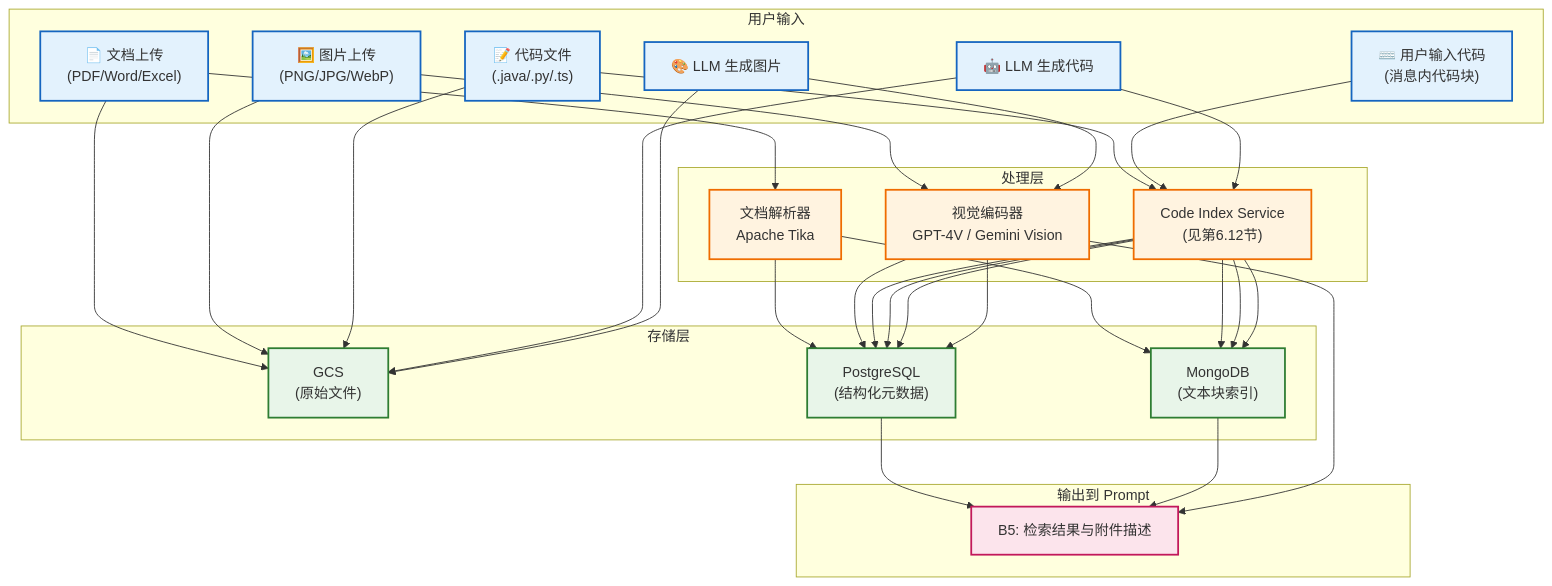
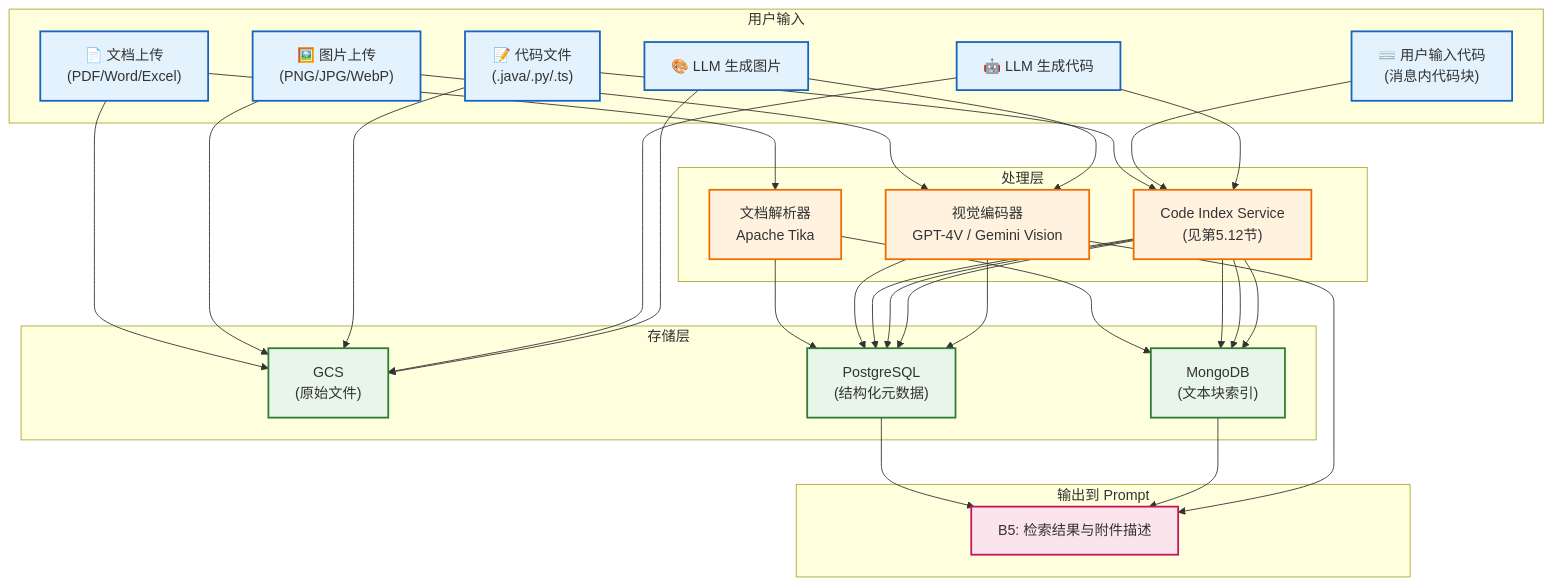
Diagram 11 of 38 in discussions/ContextManagerV6.md (D15190304050/generic-agent), drawn with Mermaid before and after one commit. The commit also changed other lines of this file, not shown here.

````diff
--- a/discussions/ContextManagerV6.md
+++ b/discussions/ContextManagerV6.md
@@ -1052,50 +1051,50 @@
 ```mermaid
 graph TB
     classDef upload fill:#e3f2fd,stroke:#1565c0,stroke-width:2px;
     classDef process fill:#fff3e0,stroke:#ef6c00,stroke-width:2px;
     classDef store fill:#e8f5e9,stroke:#2e7d32,stroke-width:2px;
     classDef output fill:#fce4ec,stroke:#c2185b,stroke-width:2px;
 
     subgraph Input ["用户输入"]
         DocUpload["📄 文档上传<br/>(PDF/Word/Excel)"]
         ImgUpload["🖼️ 图片上传<br/>(PNG/JPG/WebP)"]
         CodeUpload["📝 代码文件<br/>(.java/.py/.ts)"]
         InlineCode["⌨️ 用户输入代码<br/>(消息内代码块)"]
         LLMCode["🤖 LLM 生成代码"]
         LLMImage["🎨 LLM 生成图片"]
     end
 
     subgraph Processing ["处理层"]
         DocParser["文档解析器<br/>Apache Tika"]
         VisionEncoder["视觉编码器<br/>GPT-4V / Gemini Vision"]
-        CodeIndex["Code Index Service<br/>(见第6.12节)"]
+        CodeIndex["Code Index Service<br/>(见第5.12节)"]
     end
 
     subgraph Storage ["存储层"]
         GCS["GCS<br/>(原始文件)"]
         PG["PostgreSQL<br/>(结构化元数据)"]
         Mongo["MongoDB<br/>(文本块索引)"]
     end
 
     subgraph Output ["输出到 Prompt"]
         B5["B5: 检索结果与附件描述"]
     end
 
     DocUpload --> DocParser --> PG & Mongo
     ImgUpload --> VisionEncoder --> PG
     CodeUpload --> CodeIndex --> PG & Mongo
     InlineCode --> CodeIndex --> PG & Mongo
     LLMCode --> CodeIndex --> PG & Mongo
     LLMImage --> VisionEncoder --> PG
 
     DocUpload & ImgUpload & CodeUpload & LLMCode & LLMImage --> GCS
 
     PG --> B5
     Mongo --> B5
     VisionEncoder --> B5
 
     class DocUpload,ImgUpload,CodeUpload,InlineCode,LLMCode,LLMImage upload;
     class DocParser,VisionEncoder,CodeIndex process;
     class GCS,PG,Mongo store;
     class B5 output;
 ```
````
